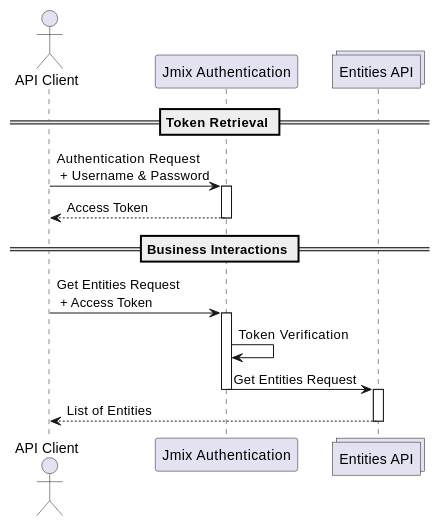
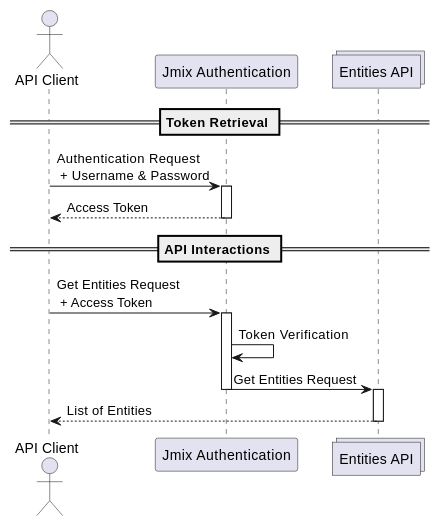
Before and after one commit to jmix-framework/jmix-docs: the diagram in content/modules/rest/pages/security/authentication.adoc, drawn with PlantUML. The commit also changed other lines of this file and 10 other files, not shown here.

```diff
--- a/content/modules/rest/pages/security/authentication.adoc
+++ b/content/modules/rest/pages/security/authentication.adoc
@@ -5,26 +5,26 @@
 [plantuml]
 ....
 @startuml
 actor "API Client"
 participant "Jmix Authentication"
 collections "Entities API"
 
 == Token Retrieval ==
 
 "API Client" -> "Jmix Authentication": Authentication Request\n + Username & Password
 activate "Jmix Authentication"
 return Access Token
 
-== Business Interactions ==
+== API Interactions ==
 "API Client" -> "Jmix Authentication": Get Entities Request\n + Access Token
 activate "Jmix Authentication"
 "Jmix Authentication" -> "Jmix Authentication" : Token Verification
 "Jmix Authentication" -> "Entities API": Get Entities Request
 deactivate "Jmix Authentication"
 deactivate "Jmix Authentication"
 activate "Entities API"
 "Entities API" --> "API Client": List of Entities
 deactivate "Entities API"
 
 @enduml
 ....
```
